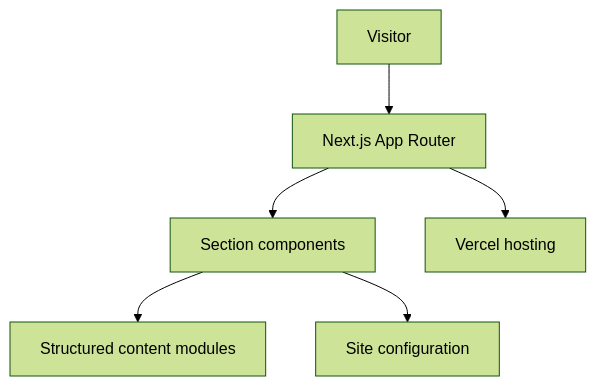
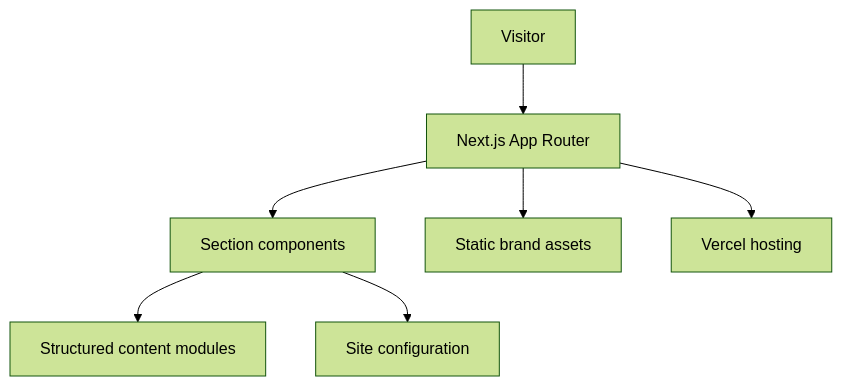
Before and after one commit to MichaelMachad0/forge: the first of 2 diagrams in docs/architecture.md, drawn with Mermaid (forest theme). The commit also changed other lines of this file and 5 other files, not shown here.

````diff
--- a/docs/architecture.md
+++ b/docs/architecture.md
@@ -17,15 +17,17 @@
 ```mermaid
 flowchart TD
   visitor[Visitor]
   nextApp[Next.js App Router]
   sections[Section components]
   data[Structured content modules]
   config[Site configuration]
+  brand[Static brand assets]
   vercel[Vercel hosting]
 
   visitor --> nextApp
   nextApp --> sections
   sections --> data
   sections --> config
+  nextApp --> brand
   nextApp --> vercel
 ```
````
